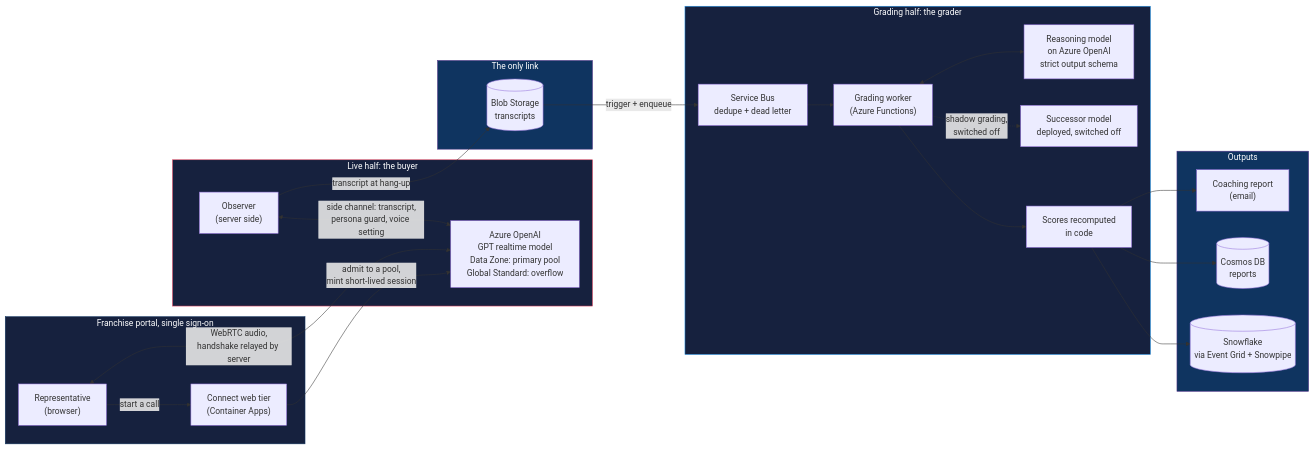
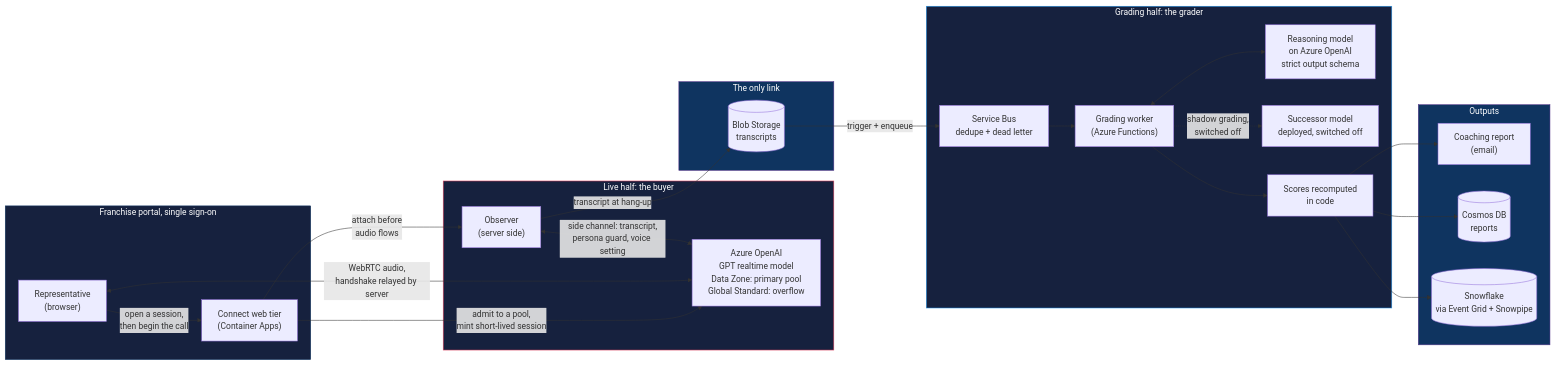
Before and after one commit to AIJSAI/connect-voice-ai-showcase: the diagram in README.md, drawn with Mermaid. The commit also changed other lines of this file and 1 other file, not shown here.

Commit message:
docs: align the README and architecture diagrams with the two-step call setup (checkpoint)

````diff
--- a/README.md
+++ b/README.md
@@ -33,50 +33,51 @@
 ```mermaid
 flowchart LR
     subgraph Portal["Franchise portal, single sign-on"]
         Rep["Representative<br/>(browser)"]
         Web["Connect web tier<br/>(Container Apps)"]
     end
 
     subgraph Live["Live half: the buyer"]
         RT["Azure OpenAI<br/>GPT realtime model<br/>Data Zone: primary pool<br/>Global Standard: overflow"]
         Obs["Observer<br/>(server side)"]
     end
 
     subgraph Store["The only link"]
         Blob[("Blob Storage<br/>transcripts")]
     end
 
     subgraph Grade["Grading half: the grader"]
         Q["Service Bus<br/>dedupe + dead letter"]
         G["Grading worker<br/>(Azure Functions)"]
         LLM["Reasoning model<br/>on Azure OpenAI<br/>strict output schema"]
         Next["Successor model<br/>deployed, switched off"]
         Calc["Scores recomputed<br/>in code"]
     end
 
     subgraph Out["Outputs"]
         Mail["Coaching report<br/>(email)"]
         DB[("Cosmos DB<br/>reports")]
         SF[("Snowflake<br/>via Event Grid + Snowpipe")]
     end
 
-    Rep -->|start a call| Web
+    Rep -->|open a session,<br/>then begin the call| Web
     Web -->|admit to a pool,<br/>mint short-lived session| RT
+    Web -->|attach before<br/>audio flows| Obs
     Rep <-->|WebRTC audio,<br/>handshake relayed by server| RT
     Obs <-->|side channel: transcript,<br/>persona guard, voice setting| RT
     Obs -->|transcript at hang-up| Blob
     Blob -->|trigger + enqueue| Q
     Q --> G
     G <--> LLM
     G -.->|shadow grading,<br/>switched off| Next
     G --> Calc
     Calc --> Mail
     Calc --> DB
     Calc --> SF
 
     style Portal fill:#16213e,stroke:#0f3460,color:#fff
     style Live fill:#16213e,stroke:#e94560,color:#fff
     style Store fill:#0f3460,stroke:#53348a,color:#fff
     style Grade fill:#16213e,stroke:#2496ED,color:#fff
     style Out fill:#0f3460,stroke:#53348a,color:#fff
 ```
````
